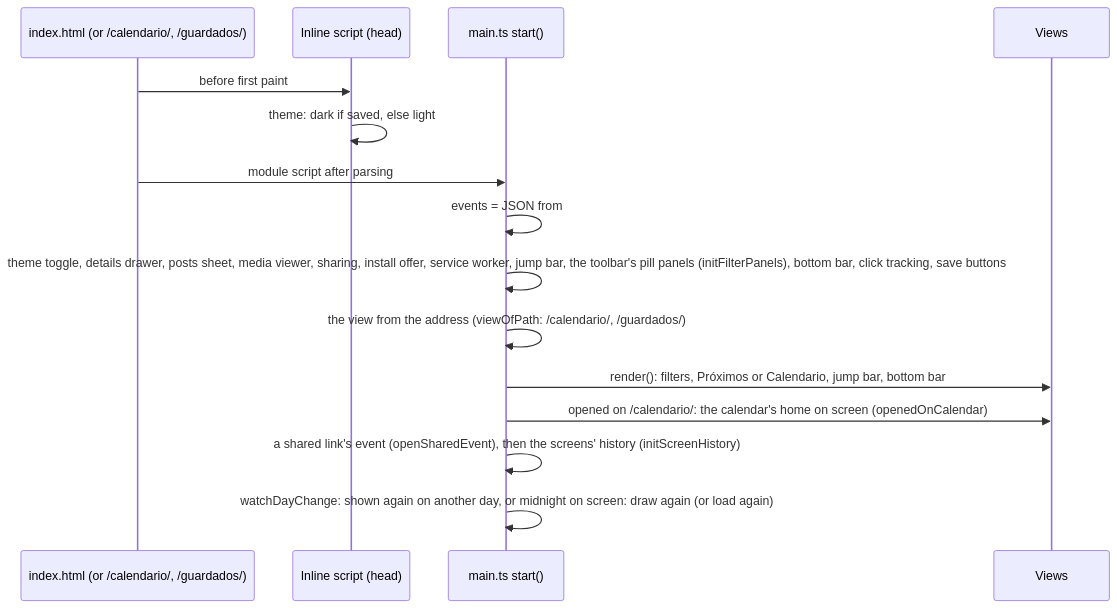
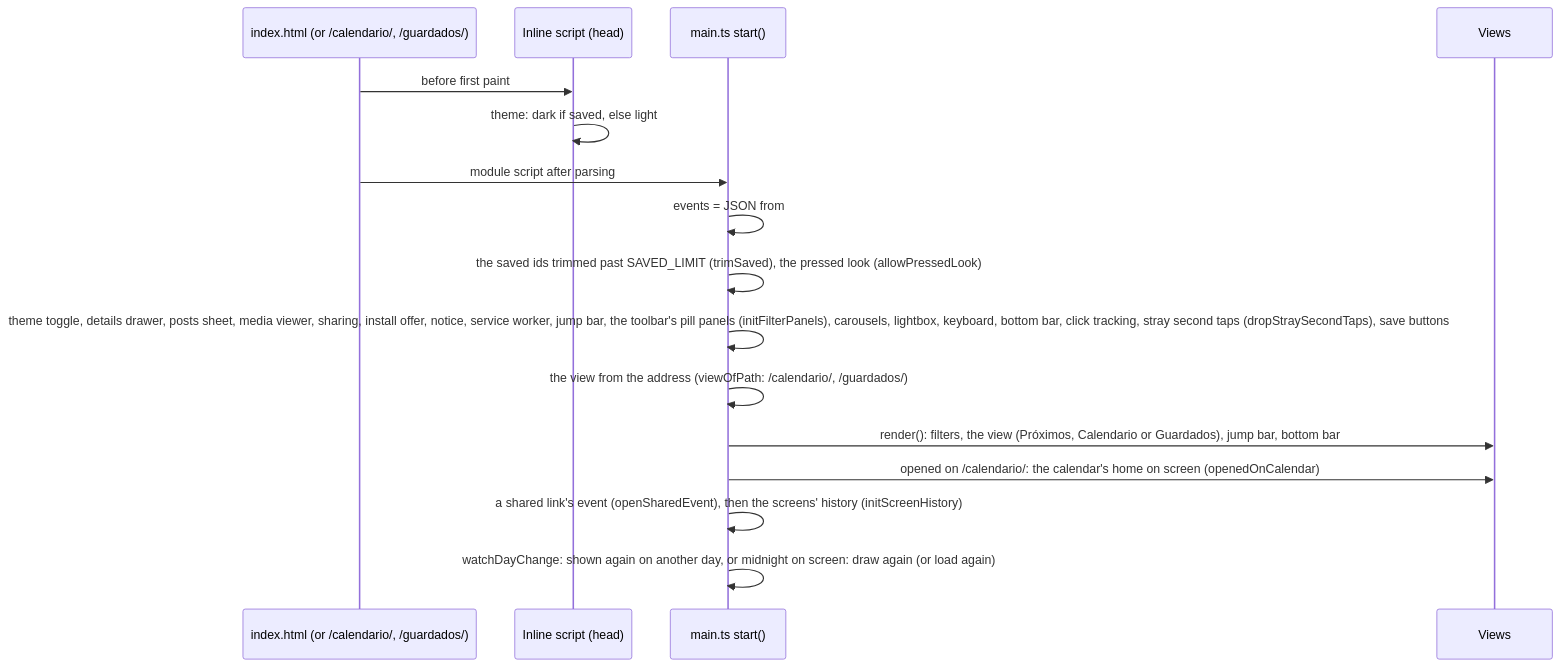
One commit to pa-bailar/pa-bailar.github.io changed the sixth of 9 diagrams in docs/ARCHITECTURE.md. Above: the diagram before and after it, drawn with Mermaid. The commit also changed other lines of this file and 10 other files, not shown here.

````diff
--- a/docs/ARCHITECTURE.md
+++ b/docs/ARCHITECTURE.md
@@ -324,18 +332,19 @@
 ```mermaid
 sequenceDiagram
     participant H as index.html (or /calendario/, /guardados/)
     participant I as Inline script (head)
     participant M as main.ts start()
     participant V as Views
 
     H->>I: before first paint
     I->>I: theme: dark if saved, else light
     H->>M: module script after parsing
     M->>M: events = JSON from #events-data
-    M->>M: theme toggle, details drawer, posts sheet, media viewer, sharing, install offer, service worker, jump bar, the toolbar's pill panels (initFilterPanels), bottom bar, click tracking, save buttons
+    M->>M: the saved ids trimmed past SAVED_LIMIT (trimSaved), the pressed look (allowPressedLook)
+    M->>M: theme toggle, details drawer, posts sheet, media viewer, sharing, install offer, notice, service worker, jump bar, the toolbar's pill panels (initFilterPanels), carousels, lightbox, keyboard, bottom bar, click tracking, stray second taps (dropStraySecondTaps), save buttons
     M->>M: the view from the address (viewOfPath: /calendario/, /guardados/)
-    M->>V: render(): filters, Próximos or Calendario, jump bar, bottom bar
+    M->>V: render(): filters, the view (Próximos, Calendario or Guardados), jump bar, bottom bar
     M->>V: opened on /calendario/: the calendar's home on screen (openedOnCalendar)
     M->>M: a shared link's event (openSharedEvent), then the screens' history (initScreenHistory)
     M->>M: watchDayChange: shown again on another day, or midnight on screen: draw again (or load again)
 ```
````
